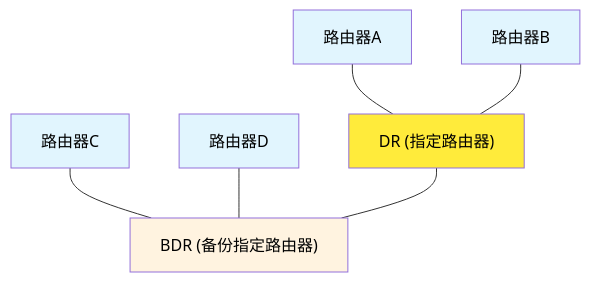
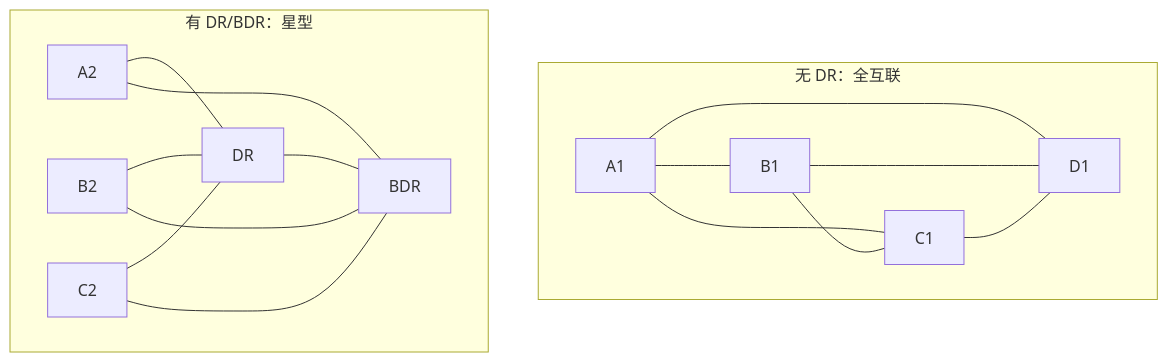
Before and after one commit to Dtheme/CS-base: the first of 3 diagrams in 计算机网络/5.3网络层：OSPF协议.md, drawn with Mermaid. The commit also changed other lines of this file and 51 other files, not shown here.

````diff
--- a/计算机网络/5.3网络层：OSPF协议.md
+++ b/计算机网络/5.3网络层：OSPF协议.md
@@ -236,22 +100,22 @@
 ```mermaid
 graph TD
-    DR["DR (指定路由器)"]
-    BDR["BDR (备份指定路由器)"]
-    A["路由器A"]
-    B["路由器B"]
-    C["路由器C"]
-    D["路由器D"]
-    
-    A --- DR
-    B --- DR
-    C --- BDR
-    D --- BDR
-    DR --- BDR
-    
-    style DR fill:#ffeb3b,color:#000
-    style BDR fill:#fff3e0,color:#000
-    style A fill:#e1f5fe,color:#000
-    style B fill:#e1f5fe,color:#000
-    style C fill:#e1f5fe,color:#000
-    style D fill:#e1f5fe,color:#000
+    subgraph 无DR["无 DR：全互联"]
+        A1 --- B1
+        A1 --- C1
+        A1 --- D1
+        B1 --- C1
+        B1 --- D1
+        C1 --- D1
+    end
+    subgraph 有DR["有 DR/BDR：星型"]
+        DR["DR"]
+        BDR["BDR"]
+        A2 --- DR
+        B2 --- DR
+        C2 --- DR
+        A2 --- BDR
+        B2 --- BDR
+        C2 --- BDR
+        DR --- BDR
+    end
 ```
````
